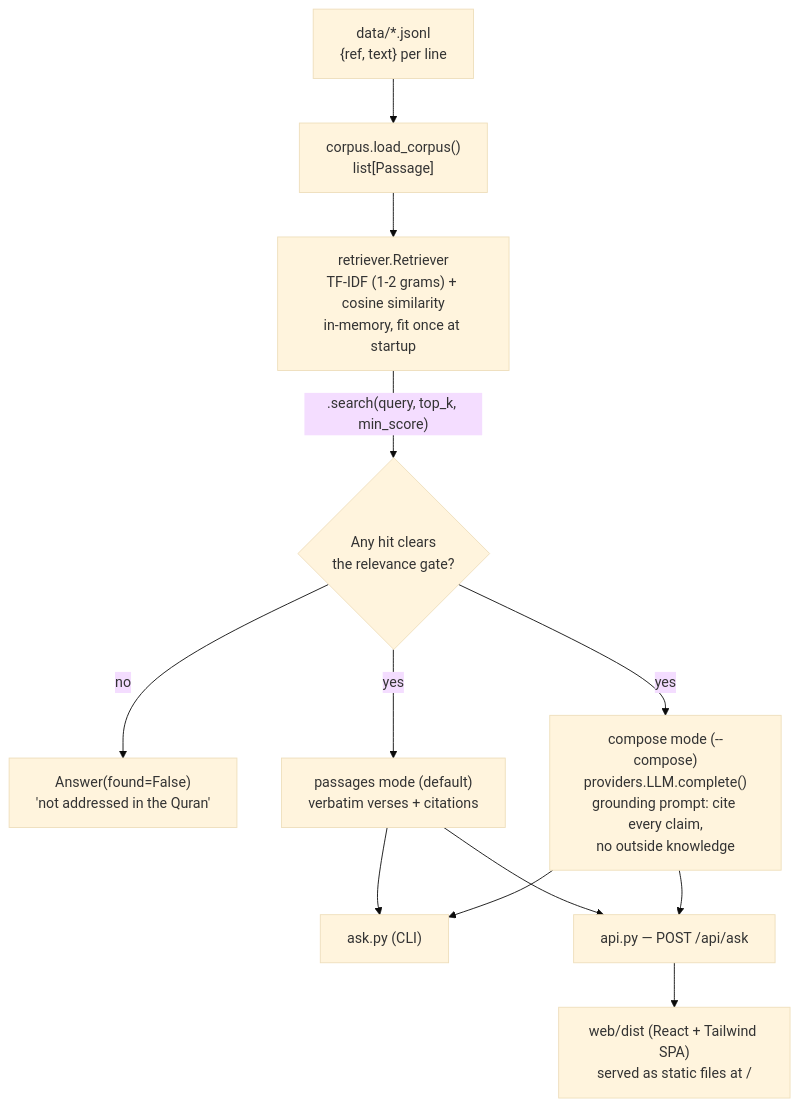
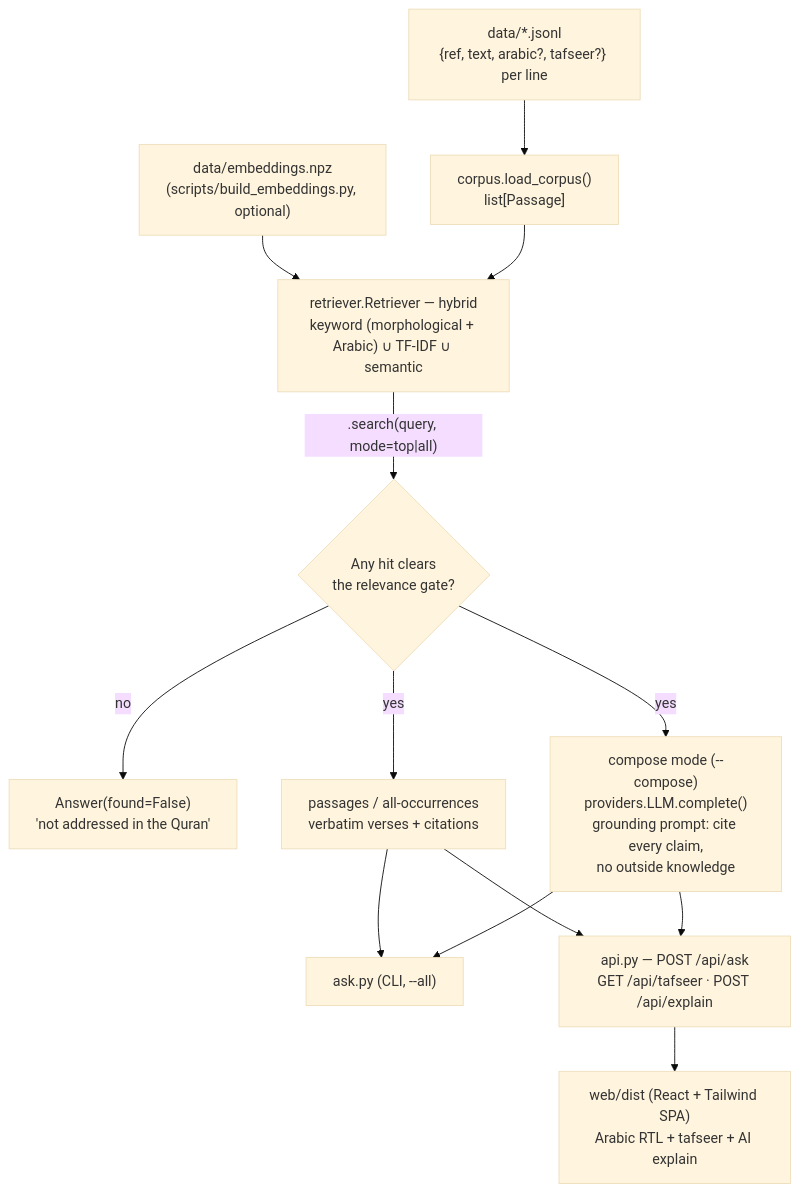
The diagram in README.md (smafnan/quran-rag), drawn with Mermaid (base theme) before and after one commit. The commit also changed other lines of this file and 24 other files, not shown here.

````diff
--- a/README.md
+++ b/README.md
@@ -23,14 +26,15 @@
 ```mermaid
 flowchart TD
-    A["data/*.jsonl<br/>{ref, text} per line"] --> B["corpus.load_corpus()<br/>list[Passage]"]
-    B --> C["retriever.Retriever<br/>TF-IDF (1-2 grams) + cosine similarity<br/>in-memory, fit once at startup"]
-    C -->|".search(query, top_k, min_score)"| D{"Any hit clears<br/>the relevance gate?"}
+    A["data/*.jsonl<br/>{ref, text, arabic?, tafseer?} per line"] --> B["corpus.load_corpus()<br/>list[Passage]"]
+    A2["data/embeddings.npz<br/>(scripts/build_embeddings.py, optional)"] --> C
+    B --> C["retriever.Retriever — hybrid<br/>keyword (morphological + Arabic) ∪ TF-IDF ∪ semantic"]
+    C -->|".search(query, mode=top|all)"| D{"Any hit clears<br/>the relevance gate?"}
     D -- no --> E["Answer(found=False)<br/>'not addressed in the Quran'"]
-    D -- yes --> F["passages mode (default)<br/>verbatim verses + citations"]
+    D -- yes --> F["passages / all-occurrences<br/>verbatim verses + citations"]
     D -- yes --> G["compose mode (--compose)<br/>providers.LLM.complete()<br/>grounding prompt: cite every claim,<br/>no outside knowledge"]
-    F --> H["ask.py (CLI)"]
-    F --> I["api.py — POST /api/ask"]
+    F --> H["ask.py (CLI, --all)"]
+    F --> I["api.py — POST /api/ask<br/>GET /api/tafseer · POST /api/explain"]
     G --> H
     G --> I
-    I --> J["web/dist (React + Tailwind SPA)<br/>served as static files at /"]
+    I --> J["web/dist (React + Tailwind SPA)<br/>Arabic RTL + tafseer + AI explain"]
 ```
````
